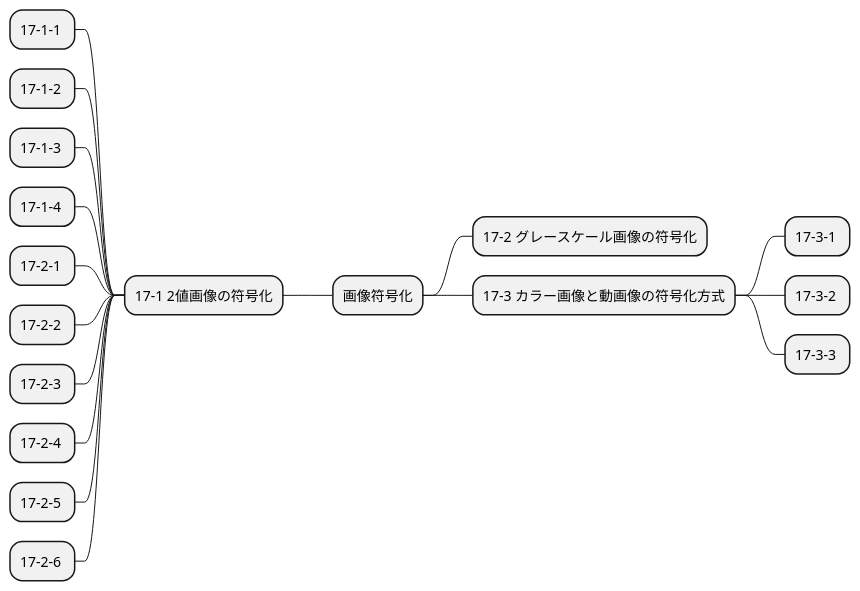
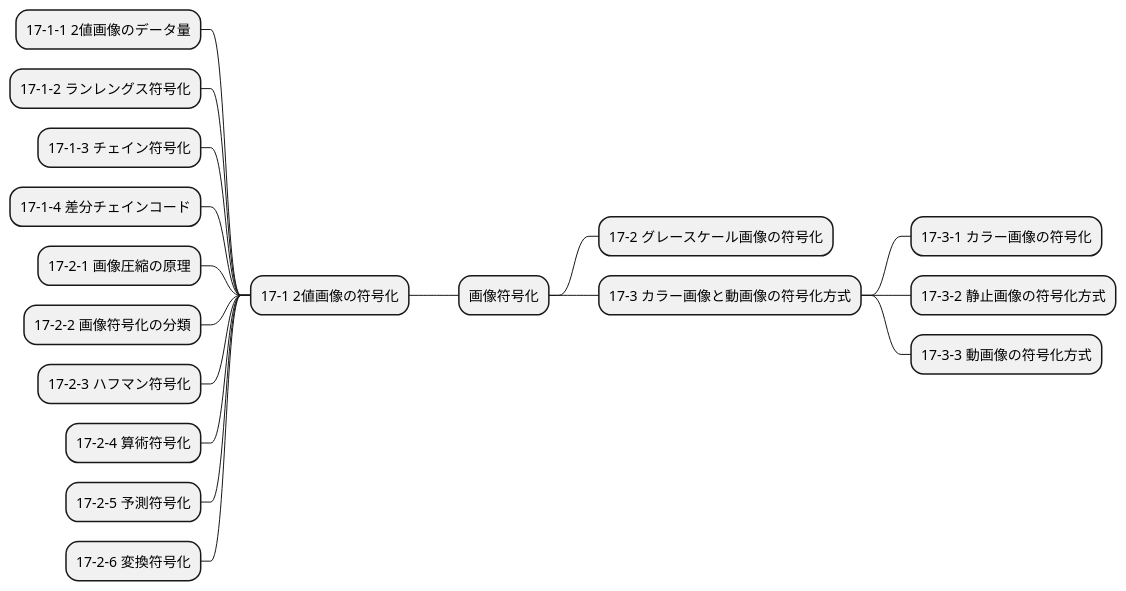
The diagram in mindmap/img_proc_expert_17.puml (Takayoshi-Matsuyama/image_processing), drawn with PlantUML before and after one commit. The commit also changed 16 other files, not shown here.

Commit message:
mindmap - ex index

```diff
--- a/mindmap/img_proc_expert_17.puml
+++ b/mindmap/img_proc_expert_17.puml
@@ -1,19 +1,19 @@
 @startmindmap img_proc_expert_17
 + 画像符号化
 -- 17-1 2値画像の符号化
---- 17-1-1 
---- 17-1-2 
---- 17-1-3 
---- 17-1-4 
+--- 17-1-1 2値画像のデータ量
+--- 17-1-2 ランレングス符号化
+--- 17-1-3 チェイン符号化
+--- 17-1-4 差分チェインコード
 ++ 17-2 グレースケール画像の符号化
---- 17-2-1 
---- 17-2-2 
---- 17-2-3 
---- 17-2-4 
---- 17-2-5 
---- 17-2-6 
+--- 17-2-1 画像圧縮の原理
+--- 17-2-2 画像符号化の分類
+--- 17-2-3 ハフマン符号化
+--- 17-2-4 算術符号化
+--- 17-2-5 予測符号化
+--- 17-2-6 変換符号化
 ++ 17-3 カラー画像と動画像の符号化方式
-+++ 17-3-1 
-+++ 17-3-2 
-+++ 17-3-3 
++++ 17-3-1 カラー画像の符号化
++++ 17-3-2 静止画像の符号化方式
++++ 17-3-3 動画像の符号化方式
 @endmindmap
```
